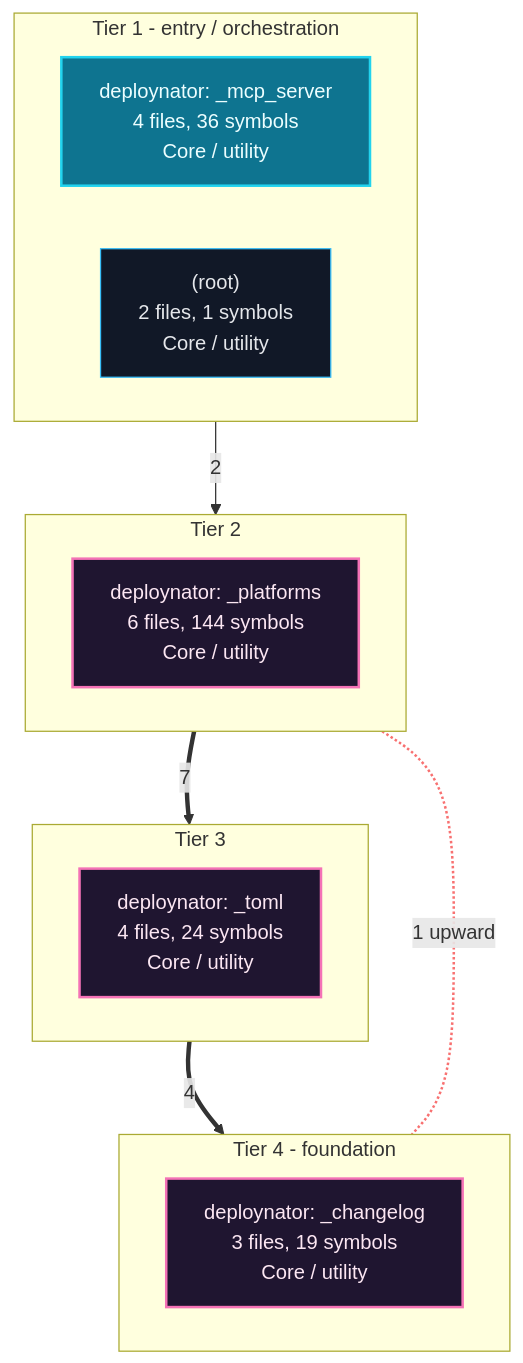
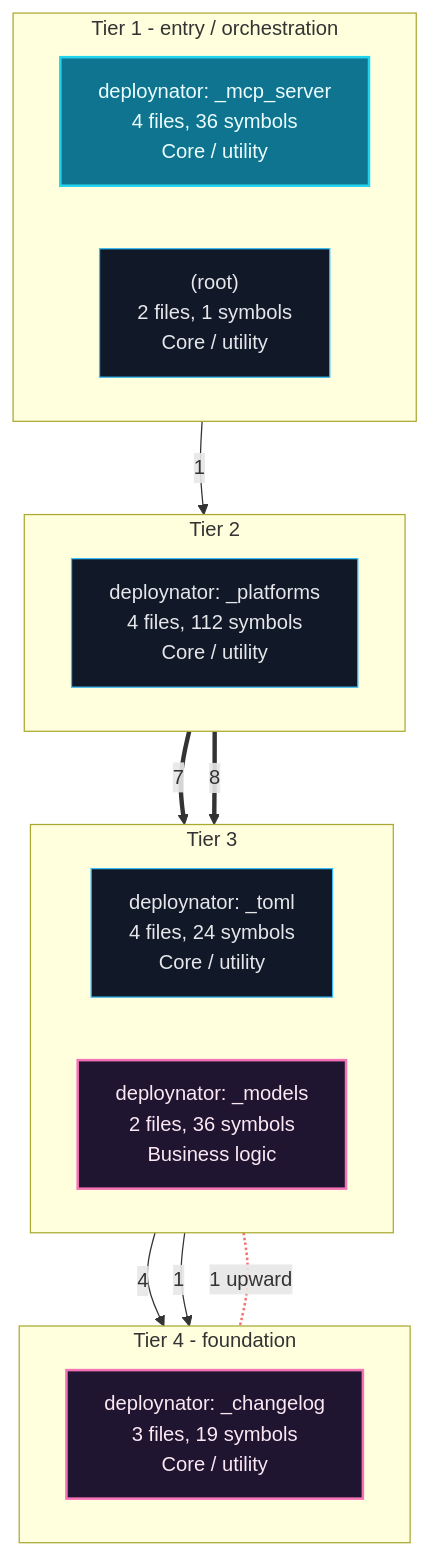
One commit to grisuno/deploynator changed the first of 9 diagrams in readmenator-apidocs/architecture.md. Above: the diagram before and after it, drawn with Mermaid. The commit also changed other lines of this file and 144 other files, not shown here.

````diff
--- a/readmenator-apidocs/architecture.md
+++ b/readmenator-apidocs/architecture.md
@@ -11,31 +11,34 @@
 ```mermaid
 flowchart TB
     classDef cycle fill:#1f1530,stroke:#f472b6,color:#fce7f3,stroke-width:2px;
     classDef default fill:#111827,stroke:#38bdf8,color:#e5e7eb;
     classDef entry fill:#0e7490,stroke:#22d3ee,color:#ecfeff,stroke-width:2px;
     subgraph lane_0["Tier 1 - entry / orchestration"]
         direction LR
-        n_c2["deploynator: _mcp_server<br/>4 files, 36 symbols<br/>Core / utility"]:::entry
+        n_c1["deploynator: _mcp_server<br/>4 files, 36 symbols<br/>Core / utility"]:::entry
         n_d__root_["(root)<br/>2 files, 1 symbols<br/>Core / utility"]:::default
     end
     subgraph lane_1["Tier 2"]
         direction LR
-        n_c0["deploynator: _platforms<br/>6 files, 144 symbols<br/>Core / utility"]:::cycle
+        n_c4["deploynator: _platforms<br/>4 files, 112 symbols<br/>Core / utility"]:::default
     end
     subgraph lane_2["Tier 3"]
         direction LR
-        n_c1["deploynator: _toml<br/>4 files, 24 symbols<br/>Core / utility"]:::cycle
+        n_c0["deploynator: _toml<br/>4 files, 24 symbols<br/>Core / utility"]:::default
+        n_c2["deploynator: _models<br/>2 files, 36 symbols<br/>Business logic"]:::cycle
     end
     subgraph lane_3["Tier 4 - foundation"]
         direction LR
         n_c3["deploynator: _changelog<br/>3 files, 19 symbols<br/>Core / utility"]:::cycle
     end
-    n_c0 ==>|"7"| n_c1
-    n_c1 ==>|"4"| n_c3
-    n_c2 -->|"2"| n_c0
-    n_c0 <-.-|"1 upward"| n_c3
-    linkStyle 3 stroke:#f87171,stroke-width:2px;
-    n_c2 ~~~ n_c0
-    n_c0 ~~~ n_c1
-    n_c1 ~~~ n_c3
+    n_c0 -->|"4"| n_c3
+    n_c1 -->|"1"| n_c4
+    n_c2 -->|"1"| n_c3
+    n_c4 ==>|"7"| n_c0
+    n_c4 ==>|"8"| n_c2
+    n_c2 <-.-|"1 upward"| n_c3
+    linkStyle 5 stroke:#f87171,stroke-width:2px;
+    n_c1 ~~~ n_c4
+    n_c4 ~~~ n_c0
+    n_c0 ~~~ n_c3
 ```
````
